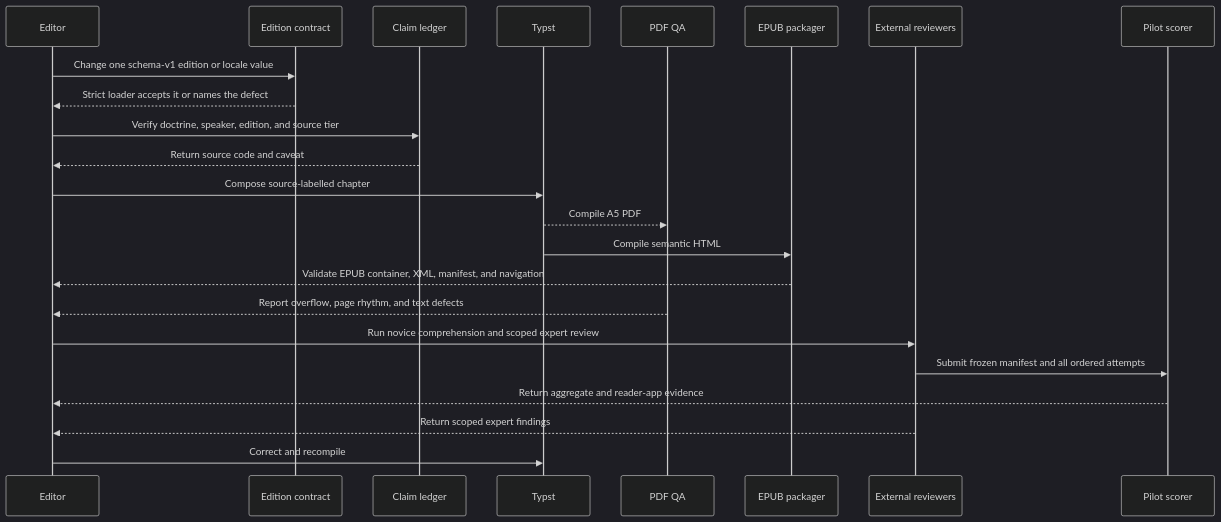
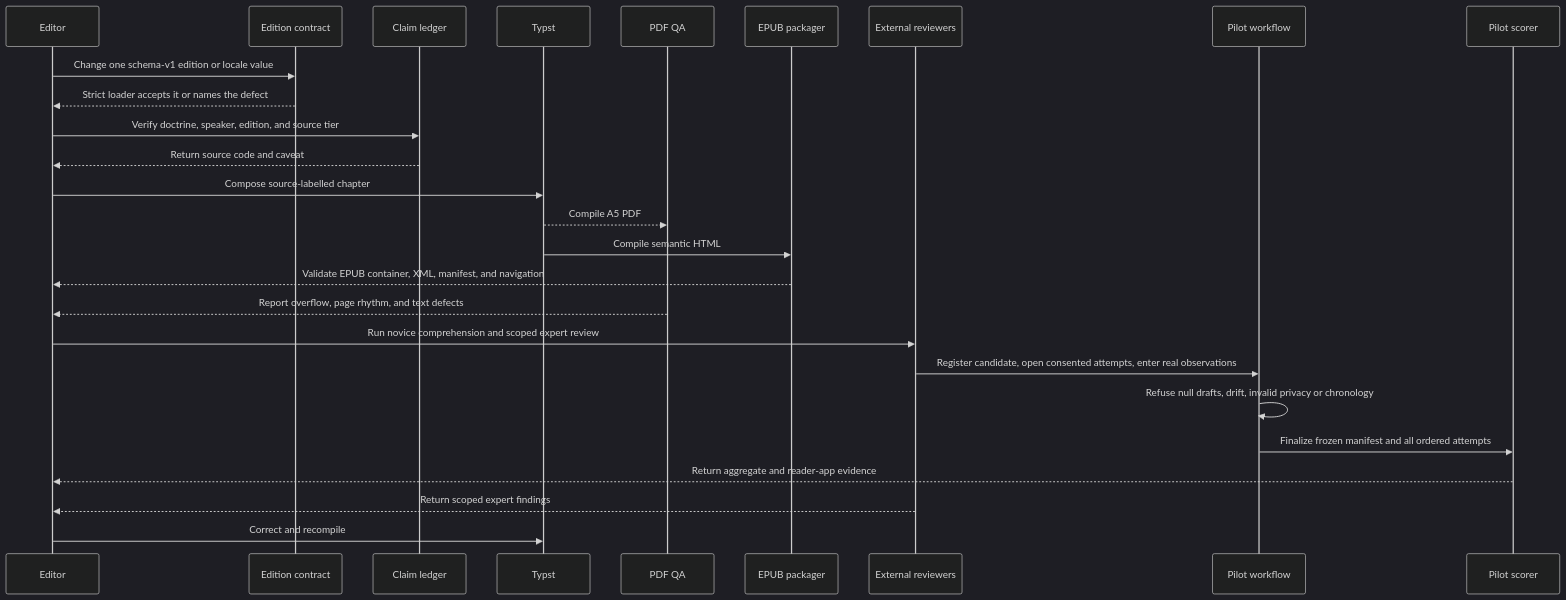
Before and after one commit to streamentry/streamentry: the third of 5 diagrams in AGENTS.md, drawn with Mermaid (dark theme). The commit also changed other lines of this file and 11 other files, not shown here.

````diff
--- a/AGENTS.md
+++ b/AGENTS.md
@@ -158,25 +160,28 @@
 ```mermaid
 sequenceDiagram
   participant E as Editor
   participant D as Edition contract
   participant L as Claim ledger
   participant T as Typst
   participant Q as PDF QA
   participant P as EPUB packager
   participant R as External reviewers
+  participant O as Pilot workflow
   participant S as Pilot scorer
   E->>D: Change one schema-v1 edition or locale value
   D-->>E: Strict loader accepts it or names the defect
   E->>L: Verify doctrine, speaker, edition, and source tier
   L-->>E: Return source code and caveat
   E->>T: Compose source-labelled chapter
   T-->>Q: Compile A5 PDF
   T->>P: Compile semantic HTML
   P-->>E: Validate EPUB container, XML, manifest, and navigation
   Q-->>E: Report overflow, page rhythm, and text defects
   E->>R: Run novice comprehension and scoped expert review
-  R->>S: Submit frozen manifest and all ordered attempts
+  R->>O: Register candidate, open consented attempts, enter real observations
+  O->>O: Refuse null drafts, drift, invalid privacy or chronology
+  O->>S: Finalize frozen manifest and all ordered attempts
   S-->>E: Return aggregate and reader-app evidence
   R-->>E: Return scoped expert findings
   E->>T: Correct and recompile
 ```
````
